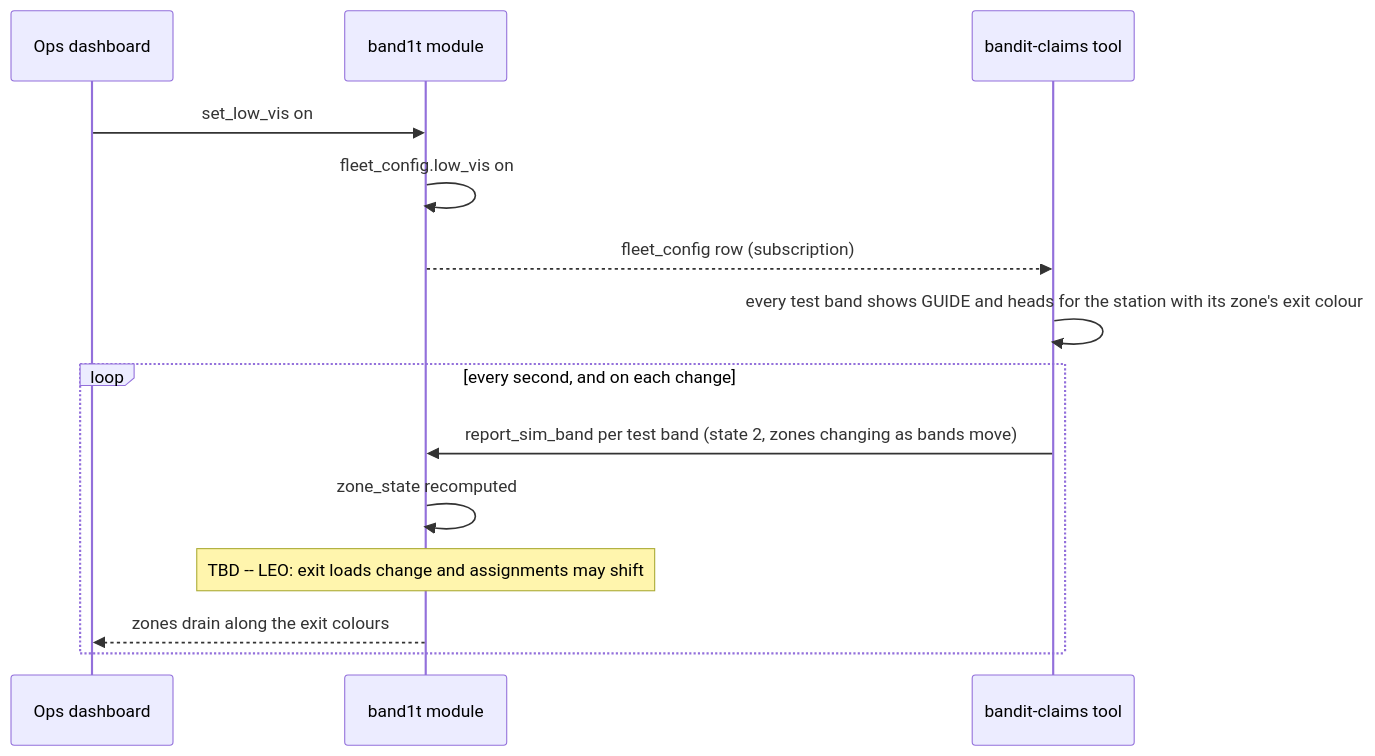
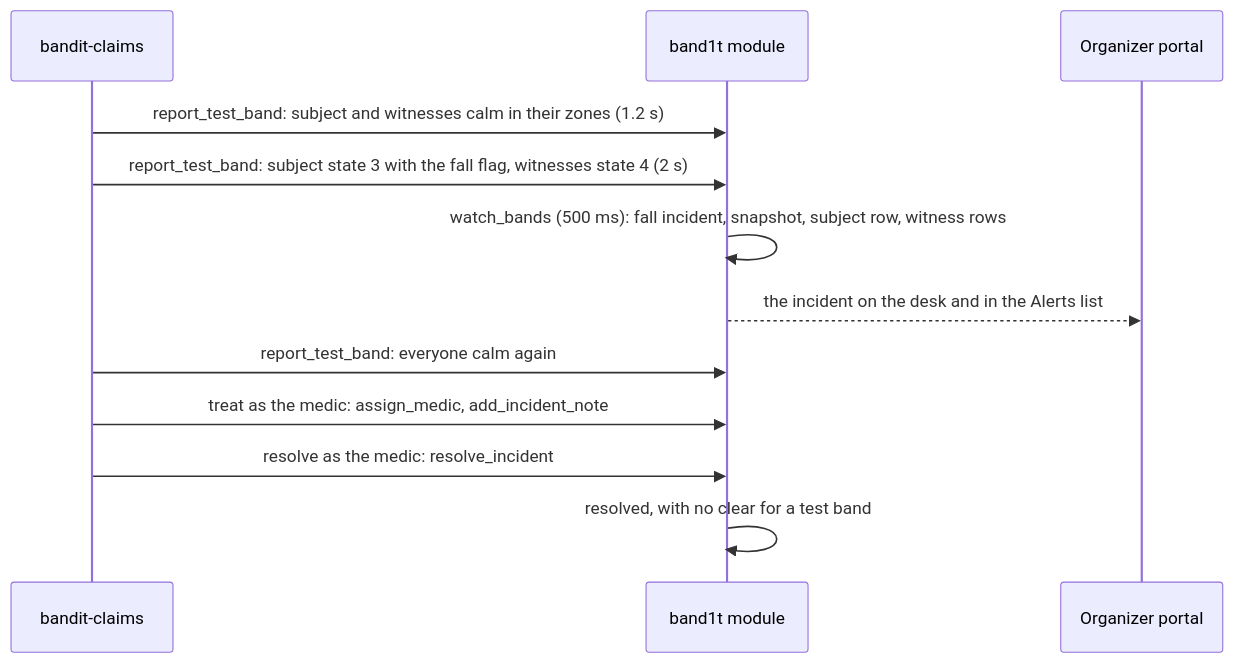
The second of 2 diagrams in System Design/3-services/Test-Bands.md (viktorinkov/cal-hacks-13), drawn with Mermaid before and after one commit. The commit also changed other lines of this file and 26 other files, not shown here.

````diff
--- a/System Design/3-services/Test-Bands.md
+++ b/System Design/3-services/Test-Bands.md
@@ -111,16 +148,14 @@
 ```mermaid
 sequenceDiagram
-    participant O as Ops dashboard
+    participant T as bandit-claims
     participant M as band1t module
-    participant S as bandit-claims tool
-    O->>M: set_low_vis on
-    M->>M: fleet_config.low_vis on
-    M-->>S: fleet_config row (subscription)
-    S->>S: every test band shows GUIDE and heads for the station with its zone's exit colour
-    loop every second, and on each change
-        S->>M: report_sim_band per test band (state 2, zones changing as bands move)
-        M->>M: zone_state recomputed
-        Note over M: TBD -- LEO: exit loads change and assignments may shift
-        M-->>O: zones drain along the exit colours
-    end
+    participant D as Organizer portal
+    T->>M: report_test_band: subject and witnesses calm in their zones (1.2 s)
+    T->>M: report_test_band: subject state 3 with the fall flag, witnesses state 4 (2 s)
+    M->>M: watch_bands (500 ms): fall incident, snapshot, subject row, witness rows
+    M-->>D: the incident on the desk and in the Alerts list
+    T->>M: report_test_band: everyone calm again
+    T->>M: treat as the medic: assign_medic, add_incident_note
+    T->>M: resolve as the medic: resolve_incident
+    M->>M: resolved, with no clear for a test band
 ```
````
